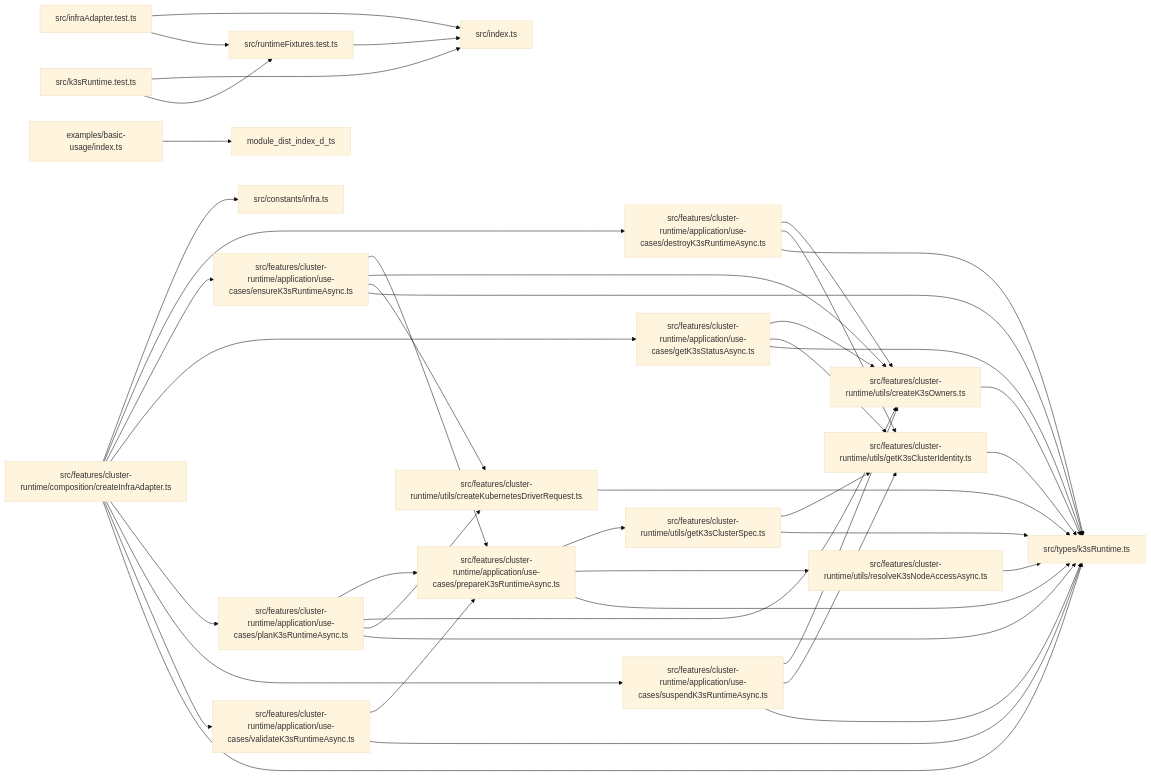
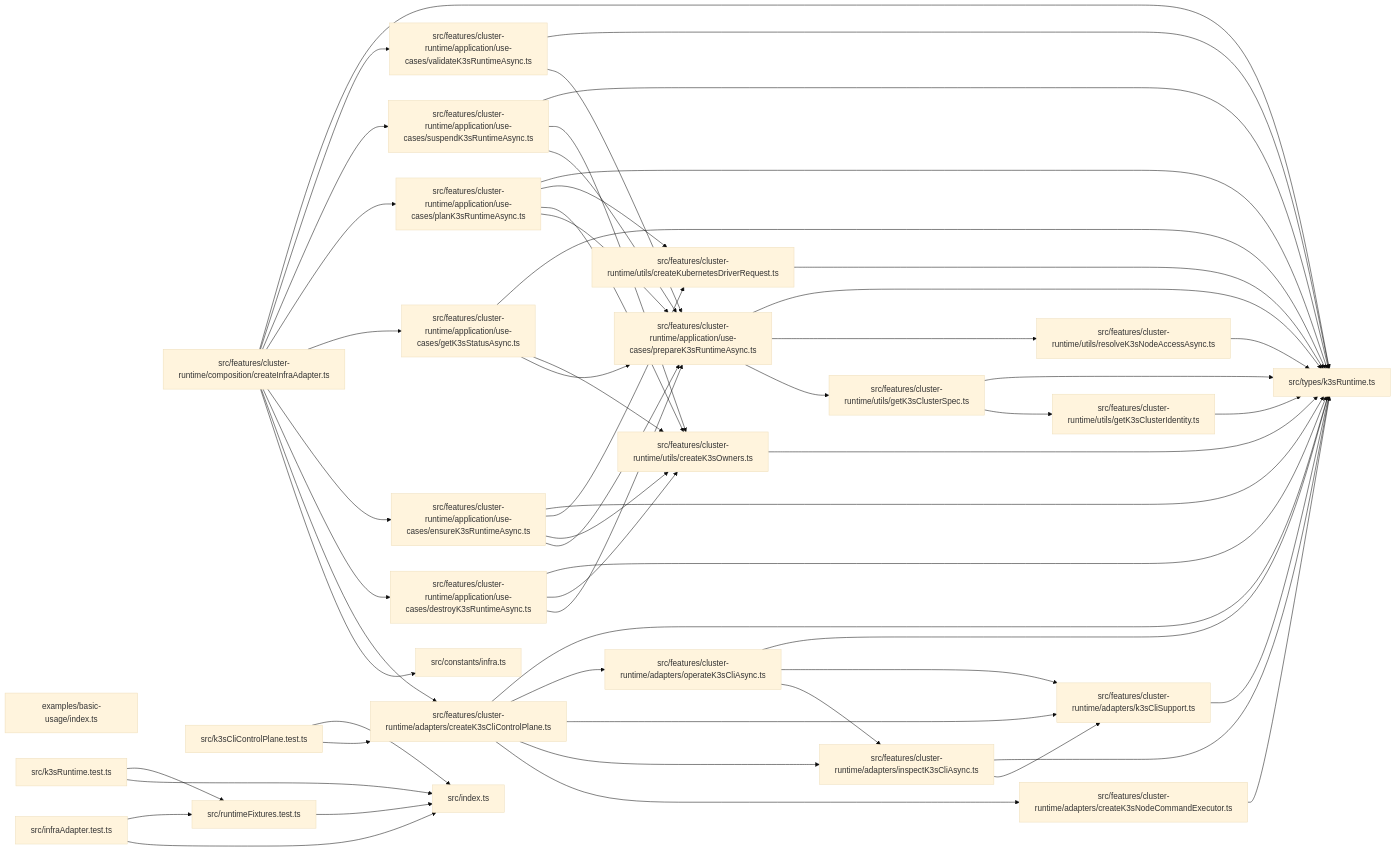
One commit to ankhorage/k3s changed the diagram in paradox/diagrams/module-relationships.mmd. Above: the diagram before and after it, drawn with Mermaid (base theme). The commit also changed 31 other files, not shown here.

```diff
--- a/paradox/diagrams/module-relationships.mmd
+++ b/paradox/diagrams/module-relationships.mmd
@@ -1,63 +1,83 @@
 graph LR
   module_examples_basic_usage_index_ts["examples/basic-usage/index.ts"]
   module_src_constants_infra_ts["src/constants/infra.ts"]
+  module_src_features_cluster_runtime_adapters_createK3sCliControlPlane_ts["src/features/cluster-runtime/adapters/createK3sCliControlPlane.ts"]
+  module_src_features_cluster_runtime_adapters_createK3sNodeCommandExecutor_ts["src/features/cluster-runtime/adapters/createK3sNodeCommandExecutor.ts"]
+  module_src_features_cluster_runtime_adapters_inspectK3sCliAsync_ts["src/features/cluster-runtime/adapters/inspectK3sCliAsync.ts"]
+  module_src_features_cluster_runtime_adapters_k3sCliSupport_ts["src/features/cluster-runtime/adapters/k3sCliSupport.ts"]
+  module_src_features_cluster_runtime_adapters_operateK3sCliAsync_ts["src/features/cluster-runtime/adapters/operateK3sCliAsync.ts"]
   module_src_features_cluster_runtime_application_use_cases_destroyK3sRuntimeAsync_ts["src/features/cluster-runtime/application/use-cases/destroyK3sRuntimeAsync.ts"]
   module_src_features_cluster_runtime_application_use_cases_ensureK3sRuntimeAsync_ts["src/features/cluster-runtime/application/use-cases/ensureK3sRuntimeAsync.ts"]
   module_src_features_cluster_runtime_application_use_cases_getK3sStatusAsync_ts["src/features/cluster-runtime/application/use-cases/getK3sStatusAsync.ts"]
   module_src_features_cluster_runtime_application_use_cases_planK3sRuntimeAsync_ts["src/features/cluster-runtime/application/use-cases/planK3sRuntimeAsync.ts"]
   module_src_features_cluster_runtime_application_use_cases_prepareK3sRuntimeAsync_ts["src/features/cluster-runtime/application/use-cases/prepareK3sRuntimeAsync.ts"]
   module_src_features_cluster_runtime_application_use_cases_suspendK3sRuntimeAsync_ts["src/features/cluster-runtime/application/use-cases/suspendK3sRuntimeAsync.ts"]
   module_src_features_cluster_runtime_application_use_cases_validateK3sRuntimeAsync_ts["src/features/cluster-runtime/application/use-cases/validateK3sRuntimeAsync.ts"]
   module_src_features_cluster_runtime_composition_createInfraAdapter_ts["src/features/cluster-runtime/composition/createInfraAdapter.ts"]
   module_src_features_cluster_runtime_utils_createK3sOwners_ts["src/features/cluster-runtime/utils/createK3sOwners.ts"]
   module_src_features_cluster_runtime_utils_createKubernetesDriverRequest_ts["src/features/cluster-runtime/utils/createKubernetesDriverRequest.ts"]
   module_src_features_cluster_runtime_utils_getK3sClusterIdentity_ts["src/features/cluster-runtime/utils/getK3sClusterIdentity.ts"]
   module_src_features_cluster_runtime_utils_getK3sClusterSpec_ts["src/features/cluster-runtime/utils/getK3sClusterSpec.ts"]
   module_src_features_cluster_runtime_utils_resolveK3sNodeAccessAsync_ts["src/features/cluster-runtime/utils/resolveK3sNodeAccessAsync.ts"]
   module_src_index_ts["src/index.ts"]
   module_src_infraAdapter_test_ts["src/infraAdapter.test.ts"]
+  module_src_k3sCliControlPlane_test_ts["src/k3sCliControlPlane.test.ts"]
   module_src_k3sRuntime_test_ts["src/k3sRuntime.test.ts"]
   module_src_runtimeFixtures_test_ts["src/runtimeFixtures.test.ts"]
   module_src_types_k3sRuntime_ts["src/types/k3sRuntime.ts"]
-  module_examples_basic_usage_index_ts --> module_dist_index_d_ts
+  module_src_features_cluster_runtime_adapters_createK3sCliControlPlane_ts --> module_src_features_cluster_runtime_adapters_createK3sNodeCommandExecutor_ts
+  module_src_features_cluster_runtime_adapters_createK3sCliControlPlane_ts --> module_src_features_cluster_runtime_adapters_inspectK3sCliAsync_ts
+  module_src_features_cluster_runtime_adapters_createK3sCliControlPlane_ts --> module_src_features_cluster_runtime_adapters_k3sCliSupport_ts
+  module_src_features_cluster_runtime_adapters_createK3sCliControlPlane_ts --> module_src_features_cluster_runtime_adapters_operateK3sCliAsync_ts
+  module_src_features_cluster_runtime_adapters_createK3sCliControlPlane_ts --> module_src_types_k3sRuntime_ts
+  module_src_features_cluster_runtime_adapters_createK3sNodeCommandExecutor_ts --> module_src_types_k3sRuntime_ts
+  module_src_features_cluster_runtime_adapters_inspectK3sCliAsync_ts --> module_src_features_cluster_runtime_adapters_k3sCliSupport_ts
+  module_src_features_cluster_runtime_adapters_inspectK3sCliAsync_ts --> module_src_types_k3sRuntime_ts
+  module_src_features_cluster_runtime_adapters_k3sCliSupport_ts --> module_src_types_k3sRuntime_ts
+  module_src_features_cluster_runtime_adapters_operateK3sCliAsync_ts --> module_src_features_cluster_runtime_adapters_inspectK3sCliAsync_ts
+  module_src_features_cluster_runtime_adapters_operateK3sCliAsync_ts --> module_src_features_cluster_runtime_adapters_k3sCliSupport_ts
+  module_src_features_cluster_runtime_adapters_operateK3sCliAsync_ts --> module_src_types_k3sRuntime_ts
+  module_src_features_cluster_runtime_application_use_cases_destroyK3sRuntimeAsync_ts --> module_src_features_cluster_runtime_application_use_cases_prepareK3sRuntimeAsync_ts
   module_src_features_cluster_runtime_application_use_cases_destroyK3sRuntimeAsync_ts --> module_src_features_cluster_runtime_utils_createK3sOwners_ts
-  module_src_features_cluster_runtime_application_use_cases_destroyK3sRuntimeAsync_ts --> module_src_features_cluster_runtime_utils_getK3sClusterIdentity_ts
   module_src_features_cluster_runtime_application_use_cases_destroyK3sRuntimeAsync_ts --> module_src_types_k3sRuntime_ts
   module_src_features_cluster_runtime_application_use_cases_ensureK3sRuntimeAsync_ts --> module_src_features_cluster_runtime_application_use_cases_prepareK3sRuntimeAsync_ts
   module_src_features_cluster_runtime_application_use_cases_ensureK3sRuntimeAsync_ts --> module_src_features_cluster_runtime_utils_createK3sOwners_ts
   module_src_features_cluster_runtime_application_use_cases_ensureK3sRuntimeAsync_ts --> module_src_features_cluster_runtime_utils_createKubernetesDriverRequest_ts
   module_src_features_cluster_runtime_application_use_cases_ensureK3sRuntimeAsync_ts --> module_src_types_k3sRuntime_ts
+  module_src_features_cluster_runtime_application_use_cases_getK3sStatusAsync_ts --> module_src_features_cluster_runtime_application_use_cases_prepareK3sRuntimeAsync_ts
   module_src_features_cluster_runtime_application_use_cases_getK3sStatusAsync_ts --> module_src_features_cluster_runtime_utils_createK3sOwners_ts
-  module_src_features_cluster_runtime_application_use_cases_getK3sStatusAsync_ts --> module_src_features_cluster_runtime_utils_getK3sClusterIdentity_ts
   module_src_features_cluster_runtime_application_use_cases_getK3sStatusAsync_ts --> module_src_types_k3sRuntime_ts
   module_src_features_cluster_runtime_application_use_cases_planK3sRuntimeAsync_ts --> module_src_features_cluster_runtime_application_use_cases_prepareK3sRuntimeAsync_ts
   module_src_features_cluster_runtime_application_use_cases_planK3sRuntimeAsync_ts --> module_src_features_cluster_runtime_utils_createK3sOwners_ts
   module_src_features_cluster_runtime_application_use_cases_planK3sRuntimeAsync_ts --> module_src_features_cluster_runtime_utils_createKubernetesDriverRequest_ts
   module_src_features_cluster_runtime_application_use_cases_planK3sRuntimeAsync_ts --> module_src_types_k3sRuntime_ts
   module_src_features_cluster_runtime_application_use_cases_prepareK3sRuntimeAsync_ts --> module_src_features_cluster_runtime_utils_getK3sClusterSpec_ts
   module_src_features_cluster_runtime_application_use_cases_prepareK3sRuntimeAsync_ts --> module_src_features_cluster_runtime_utils_resolveK3sNodeAccessAsync_ts
   module_src_features_cluster_runtime_application_use_cases_prepareK3sRuntimeAsync_ts --> module_src_types_k3sRuntime_ts
+  module_src_features_cluster_runtime_application_use_cases_suspendK3sRuntimeAsync_ts --> module_src_features_cluster_runtime_application_use_cases_prepareK3sRuntimeAsync_ts
   module_src_features_cluster_runtime_application_use_cases_suspendK3sRuntimeAsync_ts --> module_src_features_cluster_runtime_utils_createK3sOwners_ts
-  module_src_features_cluster_runtime_application_use_cases_suspendK3sRuntimeAsync_ts --> module_src_features_cluster_runtime_utils_getK3sClusterIdentity_ts
   module_src_features_cluster_runtime_application_use_cases_suspendK3sRuntimeAsync_ts --> module_src_types_k3sRuntime_ts
   module_src_features_cluster_runtime_application_use_cases_validateK3sRuntimeAsync_ts --> module_src_features_cluster_runtime_application_use_cases_prepareK3sRuntimeAsync_ts
   module_src_features_cluster_runtime_application_use_cases_validateK3sRuntimeAsync_ts --> module_src_types_k3sRuntime_ts
   module_src_features_cluster_runtime_composition_createInfraAdapter_ts --> module_src_constants_infra_ts
+  module_src_features_cluster_runtime_composition_createInfraAdapter_ts --> module_src_features_cluster_runtime_adapters_createK3sCliControlPlane_ts
   module_src_features_cluster_runtime_composition_createInfraAdapter_ts --> module_src_features_cluster_runtime_application_use_cases_destroyK3sRuntimeAsync_ts
   module_src_features_cluster_runtime_composition_createInfraAdapter_ts --> module_src_features_cluster_runtime_application_use_cases_ensureK3sRuntimeAsync_ts
   module_src_features_cluster_runtime_composition_createInfraAdapter_ts --> module_src_features_cluster_runtime_application_use_cases_getK3sStatusAsync_ts
   module_src_features_cluster_runtime_composition_createInfraAdapter_ts --> module_src_features_cluster_runtime_application_use_cases_planK3sRuntimeAsync_ts
   module_src_features_cluster_runtime_composition_createInfraAdapter_ts --> module_src_features_cluster_runtime_application_use_cases_suspendK3sRuntimeAsync_ts
   module_src_features_cluster_runtime_composition_createInfraAdapter_ts --> module_src_features_cluster_runtime_application_use_cases_validateK3sRuntimeAsync_ts
   module_src_features_cluster_runtime_composition_createInfraAdapter_ts --> module_src_types_k3sRuntime_ts
   module_src_features_cluster_runtime_utils_createK3sOwners_ts --> module_src_types_k3sRuntime_ts
   module_src_features_cluster_runtime_utils_createKubernetesDriverRequest_ts --> module_src_types_k3sRuntime_ts
   module_src_features_cluster_runtime_utils_getK3sClusterIdentity_ts --> module_src_types_k3sRuntime_ts
   module_src_features_cluster_runtime_utils_getK3sClusterSpec_ts --> module_src_features_cluster_runtime_utils_getK3sClusterIdentity_ts
   module_src_features_cluster_runtime_utils_getK3sClusterSpec_ts --> module_src_types_k3sRuntime_ts
   module_src_features_cluster_runtime_utils_resolveK3sNodeAccessAsync_ts --> module_src_types_k3sRuntime_ts
   module_src_infraAdapter_test_ts --> module_src_index_ts
   module_src_infraAdapter_test_ts --> module_src_runtimeFixtures_test_ts
+  module_src_k3sCliControlPlane_test_ts --> module_src_features_cluster_runtime_adapters_createK3sCliControlPlane_ts
+  module_src_k3sCliControlPlane_test_ts --> module_src_index_ts
   module_src_k3sRuntime_test_ts --> module_src_index_ts
   module_src_k3sRuntime_test_ts --> module_src_runtimeFixtures_test_ts
   module_src_runtimeFixtures_test_ts --> module_src_index_ts
```
